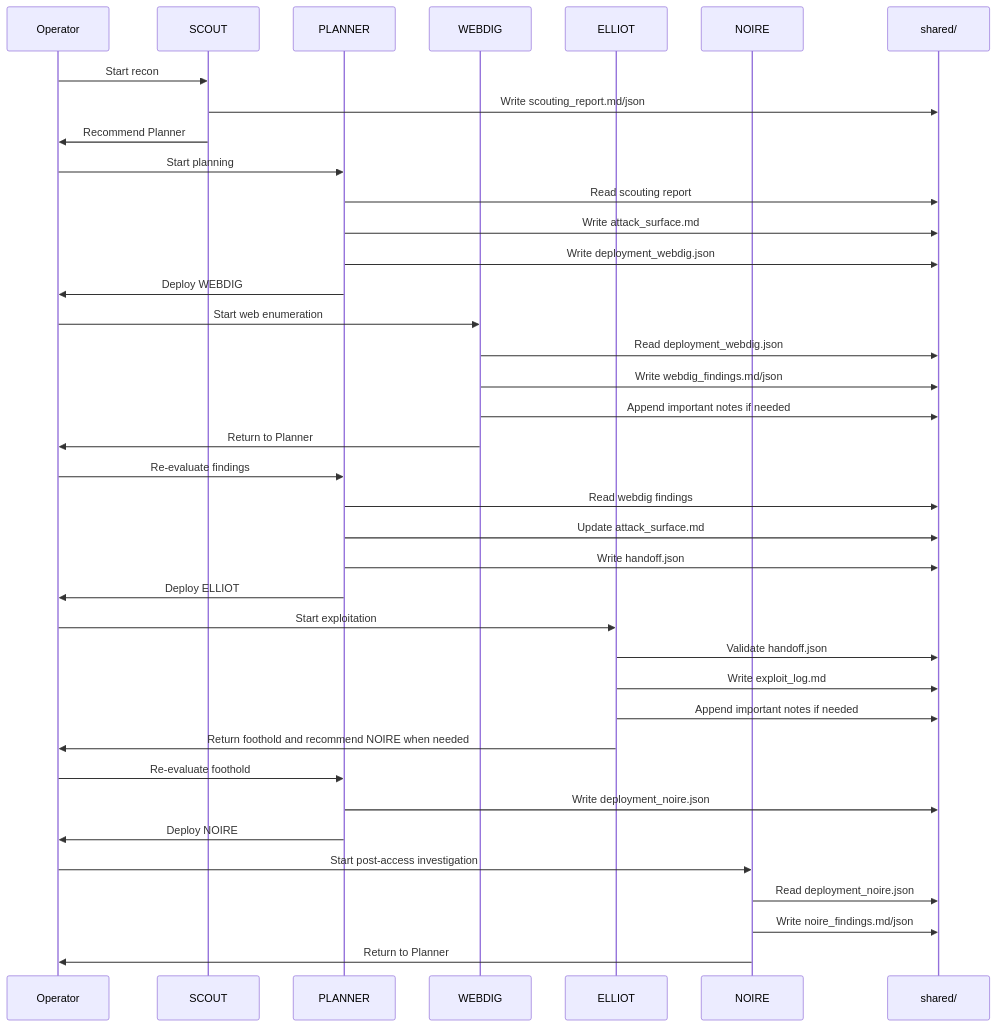
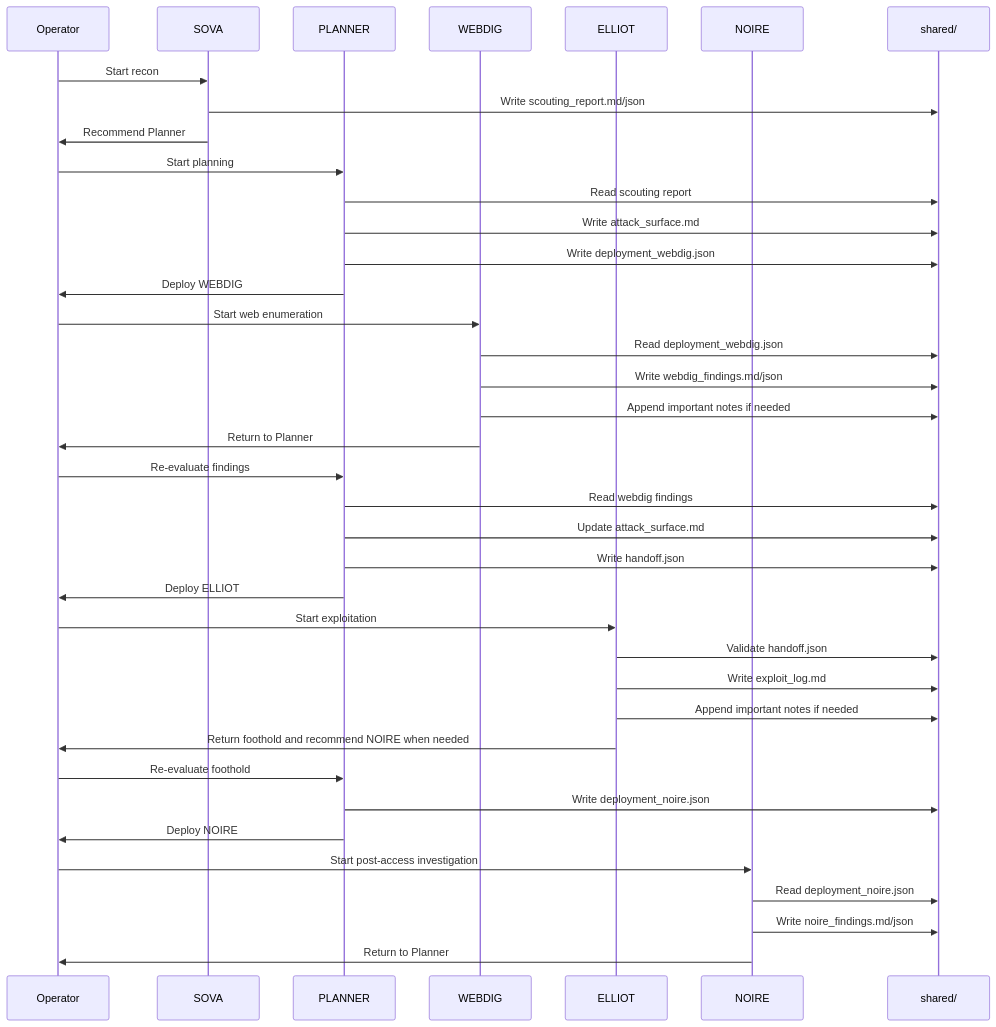
The fifth of 8 diagrams in docs/INFRA_WIREFRAME.md (K3m1st/IRONTHREAD), drawn with Mermaid before and after one commit. The commit also changed other lines of this file and 22 other files, not shown here.

First line of the commit message:
SCOUT → SOVA rename + remove stale docs

````diff
--- a/docs/INFRA_WIREFRAME.md
+++ b/docs/INFRA_WIREFRAME.md
@@ -129,47 +129,47 @@
 ```mermaid
 sequenceDiagram
     participant O as Operator
-    participant S as SCOUT
+    participant S as SOVA
     participant P as PLANNER
     participant W as WEBDIG
     participant E as ELLIOT
     participant N as NOIRE
     participant X as shared/
 
     O->>S: Start recon
     S->>X: Write scouting_report.md/json
     S->>O: Recommend Planner
 
     O->>P: Start planning
     P->>X: Read scouting report
     P->>X: Write attack_surface.md
     P->>X: Write deployment_webdig.json
     P->>O: Deploy WEBDIG
 
     O->>W: Start web enumeration
     W->>X: Read deployment_webdig.json
     W->>X: Write webdig_findings.md/json
     W->>X: Append important notes if needed
     W->>O: Return to Planner
 
     O->>P: Re-evaluate findings
     P->>X: Read webdig findings
     P->>X: Update attack_surface.md
     P->>X: Write handoff.json
     P->>O: Deploy ELLIOT
 
     O->>E: Start exploitation
     E->>X: Validate handoff.json
     E->>X: Write exploit_log.md
     E->>X: Append important notes if needed
     E->>O: Return foothold and recommend NOIRE when needed
 
     O->>P: Re-evaluate foothold
     P->>X: Write deployment_noire.json
     P->>O: Deploy NOIRE
 
     O->>N: Start post-access investigation
     N->>X: Read deployment_noire.json
     N->>X: Write noire_findings.md/json
     N->>O: Return to Planner
 ```
````
